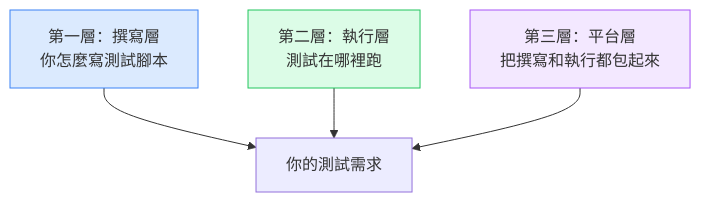
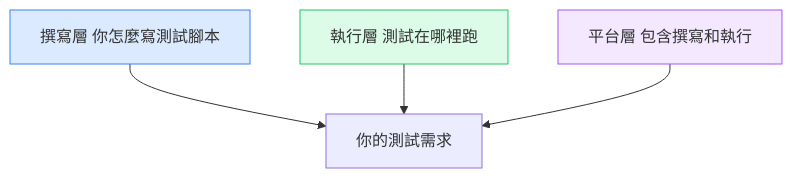
The diagram in docs/drafts/multi-framework-strategy.md (jimmyhong065/jimmy-hong-portfolio), drawn with Mermaid before and after one commit. The commit also changed 28 other files, not shown here.

````diff
--- a/docs/drafts/multi-framework-strategy.md
+++ b/docs/drafts/multi-framework-strategy.md
@@ -31,11 +31,10 @@
 ```mermaid
 flowchart TD
-    A["第一層：撰寫層\n你怎麼寫測試腳本"] --> D
-    B["第二層：執行層\n測試在哪裡跑"] --> D
-    C["第三層：平台層\n把撰寫和執行都包起來"] --> D
-    D["你的測試需求"]
-
+    A[撰寫層 你怎麼寫測試腳本] --> D
+    B[執行層 測試在哪裡跑] --> D
+    C[平台層 包含撰寫和執行] --> D
+    D[你的測試需求]
     style A fill:#dbeafe,stroke:#3b82f6
     style B fill:#dcfce7,stroke:#22c55e
     style C fill:#f3e8ff,stroke:#a855f7
 ```
````
